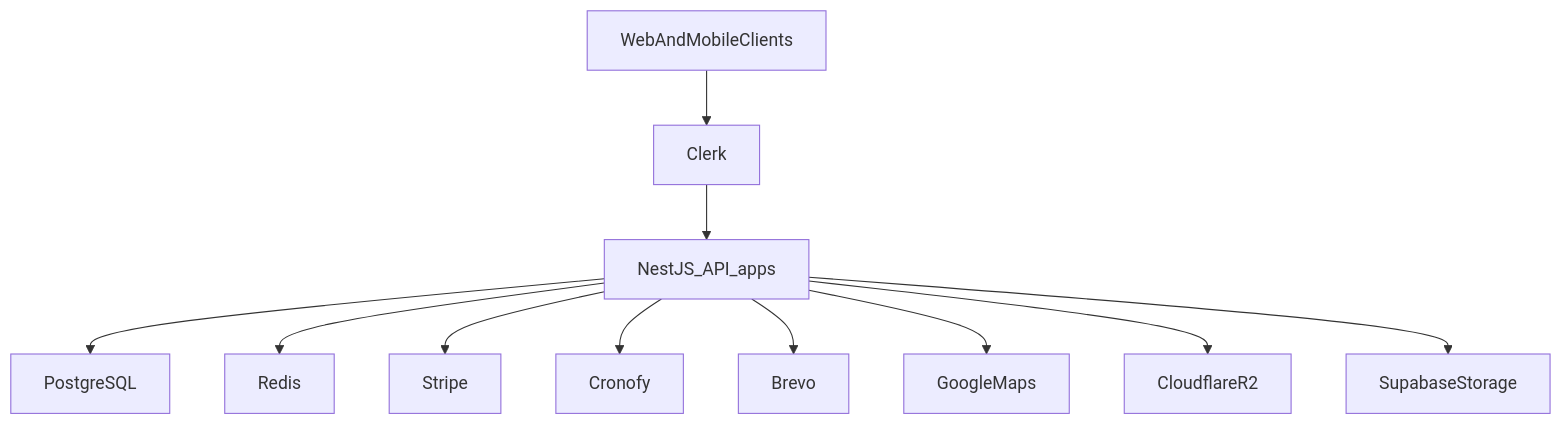
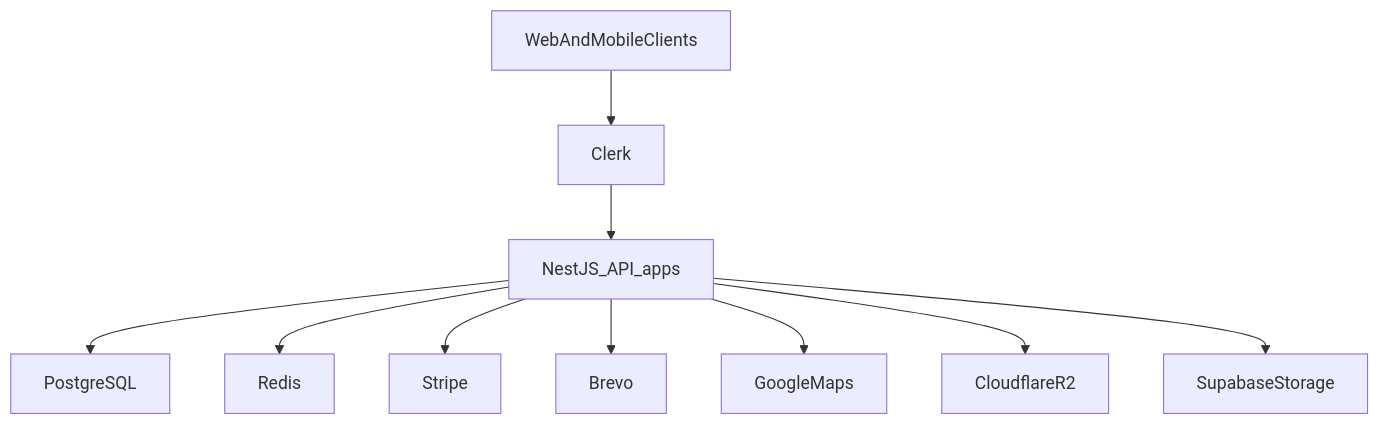
Before and after one commit to LabsFood/LF-BackEnd: the diagram in stack.md, drawn with Mermaid. The commit also changed other lines of this file and 33 other files, not shown here.

````diff
--- a/stack.md
+++ b/stack.md
@@ -48,25 +48,23 @@
 ```mermaid
 flowchart TD
     clients[WebAndMobileClients]
     clerk[Clerk]
     api[NestJS_API_apps]
     pg[PostgreSQL]
     redis[Redis]
     stripe[Stripe]
-    cronofy[Cronofy]
     brevo[Brevo]
     maps[GoogleMaps]
     r2[CloudflareR2]
     storage[SupabaseStorage]
 
     clients --> clerk
     clerk --> api
     api --> pg
     api --> redis
     api --> stripe
-    api --> cronofy
     api --> brevo
     api --> maps
     api --> r2
     api --> storage
 ```
````
